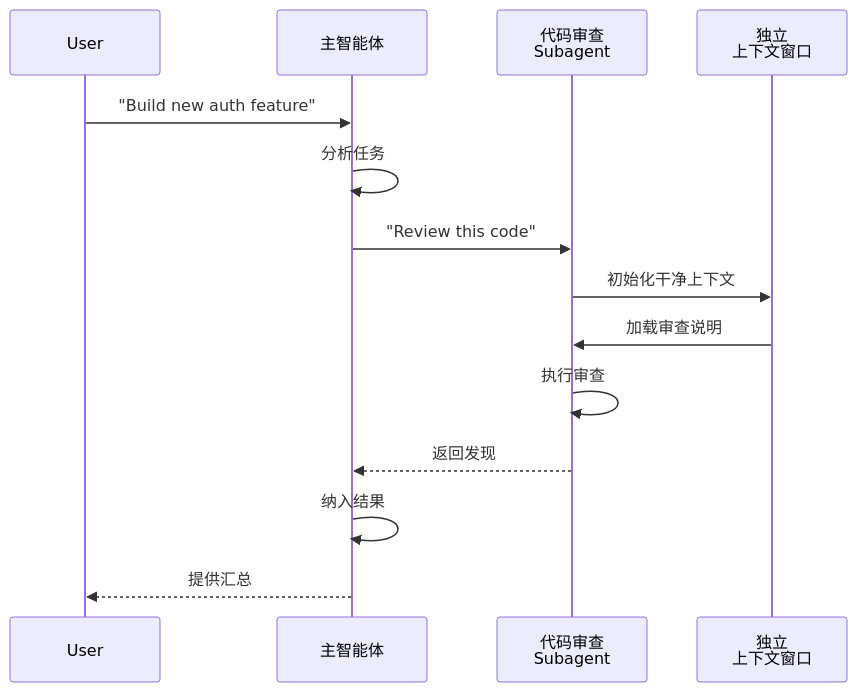
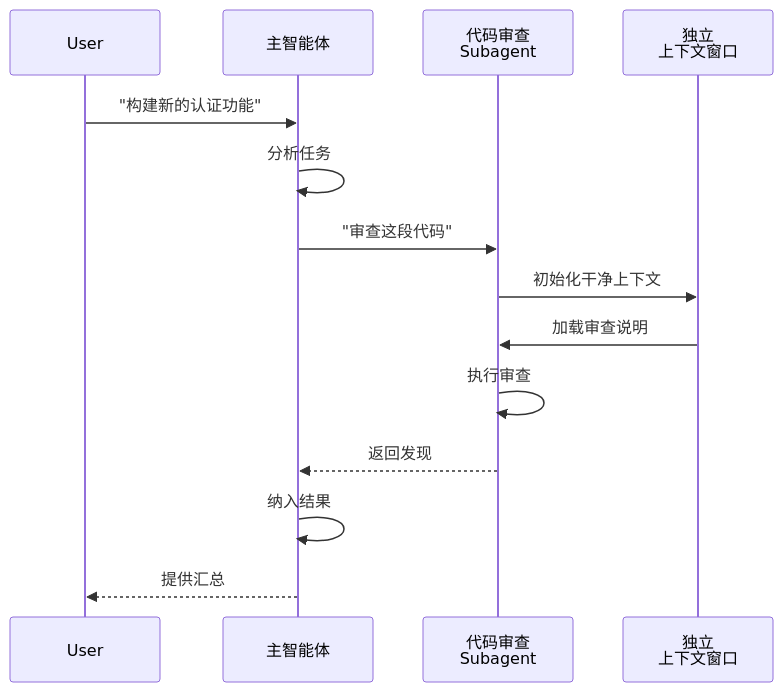
One commit to wgqi1126/claude-howto-zh-cn changed the fifth of 7 diagrams in 04-subagents/README.md. Above: the diagram before and after it, drawn with Mermaid. The commit also changed other lines of this file and 58 other files, not shown here.

````diff
--- a/04-subagents/README.md
+++ b/04-subagents/README.md
@@ -779,17 +779,17 @@
 ```mermaid
 sequenceDiagram
     participant User
     participant MainAgent as 主智能体
     participant CodeReviewer as 代码审查<br/>Subagent
     participant Context as 独立<br/>上下文窗口
 
-    User->>MainAgent: "Build new auth feature"
+    User->>MainAgent: "构建新的认证功能"
     MainAgent->>MainAgent: 分析任务
-    MainAgent->>CodeReviewer: "Review this code"
+    MainAgent->>CodeReviewer: "审查这段代码"
     CodeReviewer->>Context: 初始化干净上下文
     Context->>CodeReviewer: 加载审查说明
     CodeReviewer->>CodeReviewer: 执行审查
     CodeReviewer-->>MainAgent: 返回发现
     MainAgent->>MainAgent: 纳入结果
     MainAgent-->>User: 提供汇总
 ```
````
